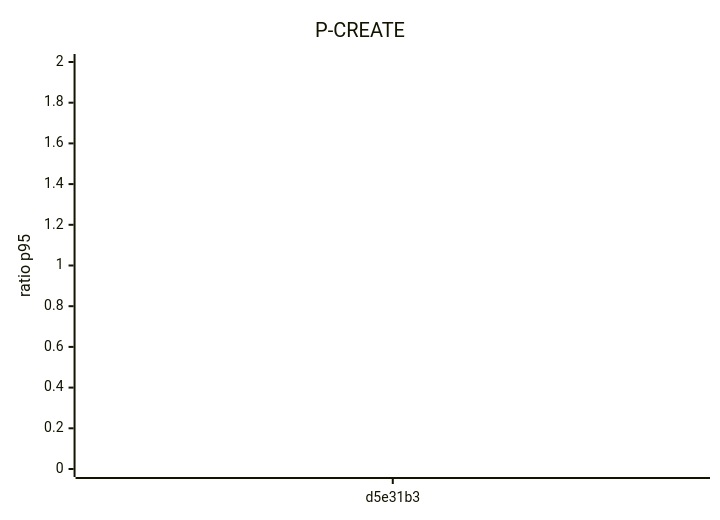
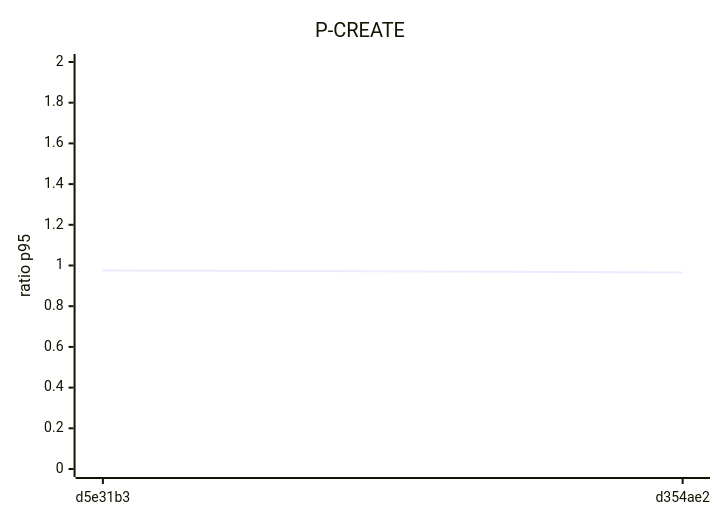
Before and after one commit to mtromane/expense-io: the fifth of 8 diagrams in docs/perf/trend.md, drawn with Mermaid. The commit also changed other lines of this file and 1 other file, not shown here.

````diff
--- a/docs/perf/trend.md
+++ b/docs/perf/trend.md
@@ -48,7 +48,7 @@
 ```mermaid
 xychart-beta
   title "P-CREATE"
-  x-axis ["d5e31b3"]
+  x-axis ["d5e31b3", "d354ae2"]
   y-axis "ratio p95" 0 --> 2
-  line [0.976]
+  line [0.976, 0.966]
 ```
````
